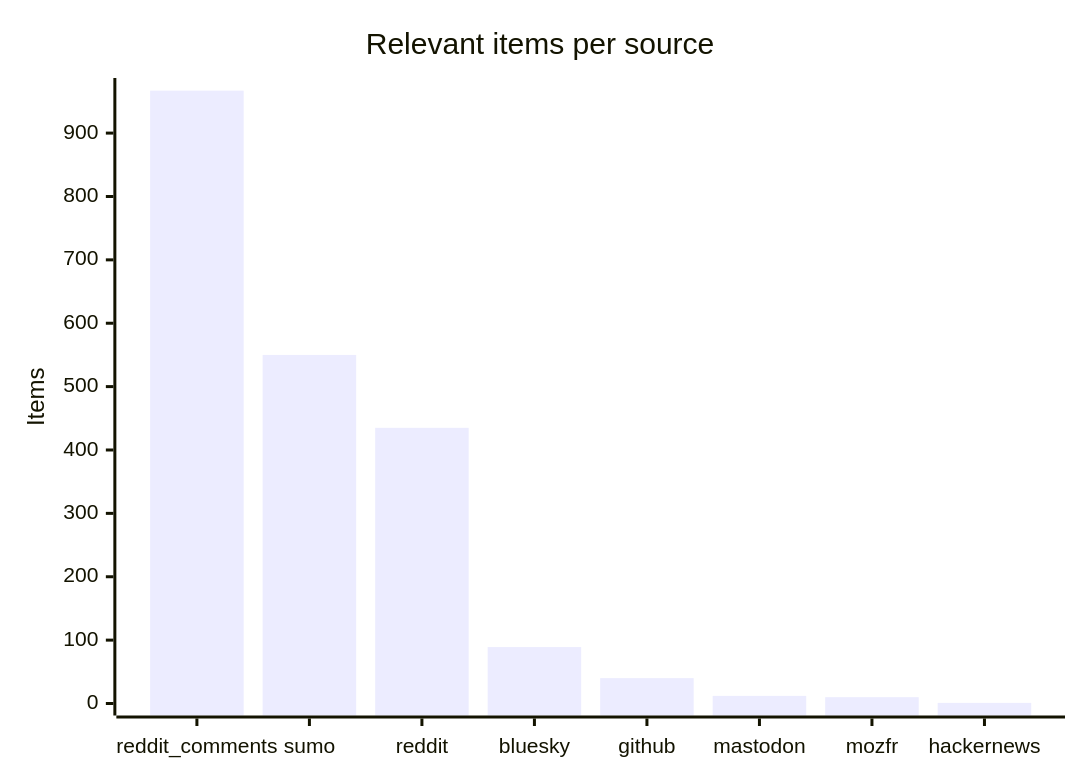
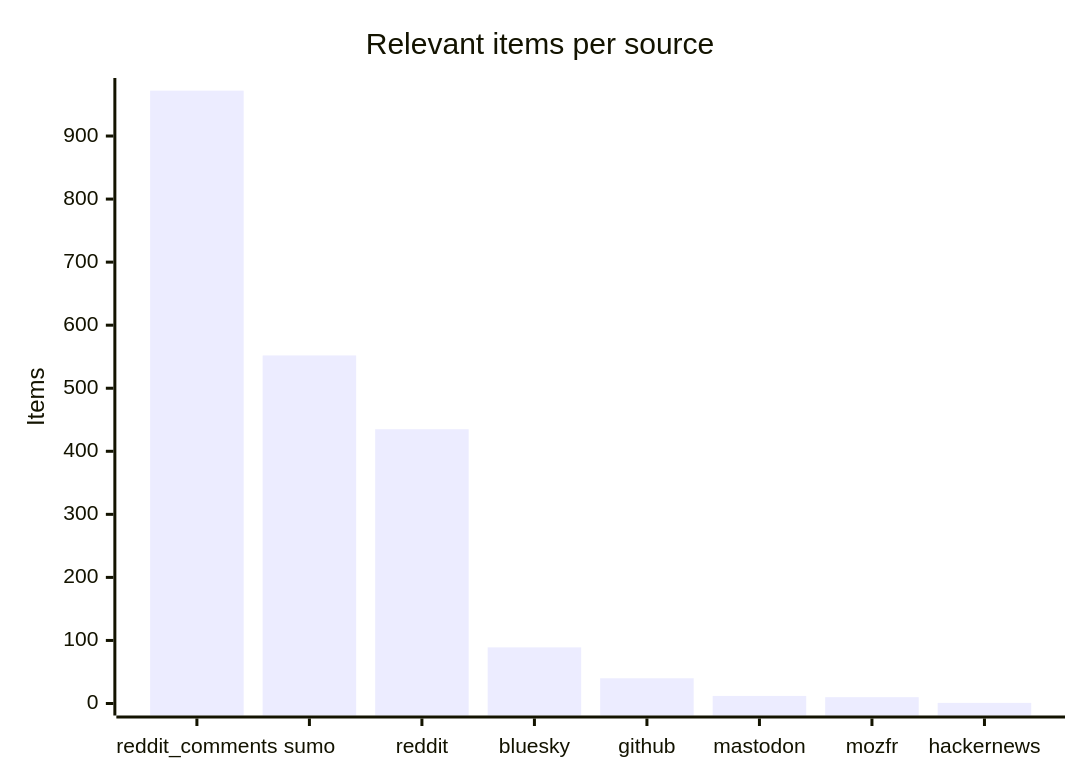
One commit to martinbalfanz/social-scanner-reports changed the third of 4 diagrams in README.md. Above: the diagram before and after it, drawn with Mermaid. The commit also changed other lines of this file and 4 other files, not shown here.

````diff
--- a/README.md
+++ b/README.md
@@ -48,7 +48,7 @@
 ```mermaid
 xychart-beta
     title "Relevant items per source"
     x-axis ["reddit_comments", "sumo", "reddit", "bluesky", "github", "mastodon", "mozfr", "hackernews"]
-    y-axis "Items" 0 --> 968
-    bar [967, 550, 435, 89, 40, 12, 10, 1]
+    y-axis "Items" 0 --> 973
+    bar [972, 552, 435, 89, 40, 12, 10, 1]
 ```
````
